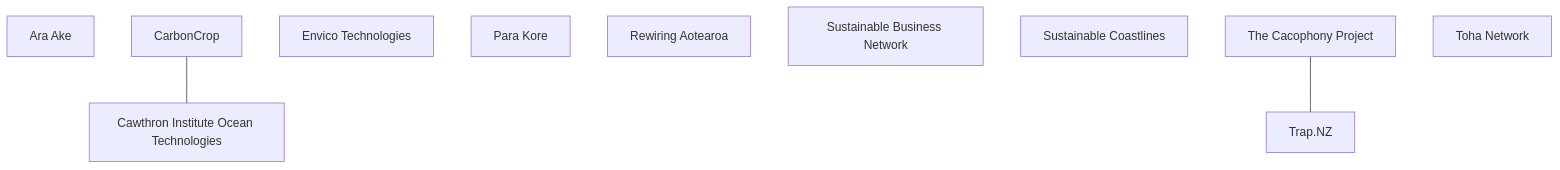
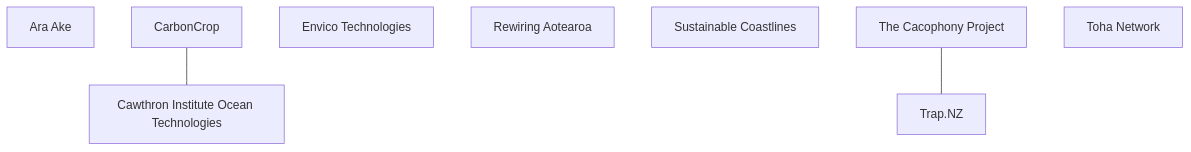
The sixth of 17 diagrams in GUIDE.md (olitreadwell/nz-tech-for-good), drawn with Mermaid before and after one commit. The commit also changed other lines of this file and 268 other files, not shown here.

````diff
--- a/GUIDE.md
+++ b/GUIDE.md
@@ -207,16 +146,14 @@
 ```mermaid
 flowchart TD
     n_AraAke["Ara Ake"]
     n_CarbonCrop["CarbonCrop"]
     n_CawthronInstituteOceanTe["Cawthron Institute Ocean Technologies"]
     n_EnvicoTechnologies["Envico Technologies"]
-    n_ParaKore["Para Kore"]
     n_RewiringAotearoa["Rewiring Aotearoa"]
-    n_SustainableBusinessNetwo["Sustainable Business Network"]
     n_SustainableCoastlines["Sustainable Coastlines"]
     n_TheCacophonyProject["The Cacophony Project"]
     n_TohaNetwork["Toha Network"]
     n_TrapNZ["Trap.NZ"]
     n_CarbonCrop --- n_CawthronInstituteOceanTe
     n_TheCacophonyProject --- n_TrapNZ
 ```
````
